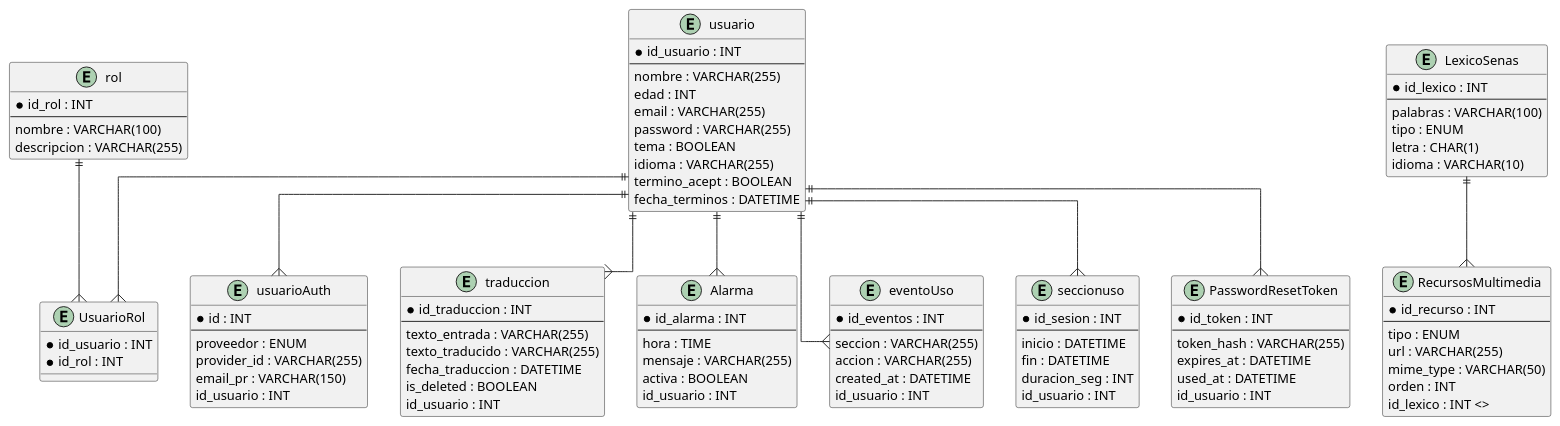
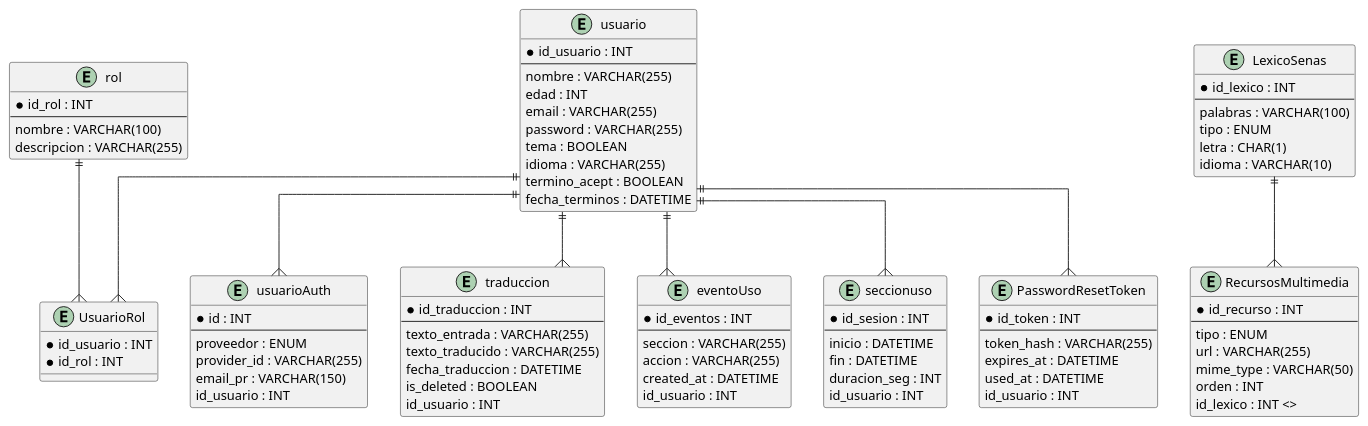
One commit to tadeo77789/TraduceSe-as changed the diagram in Diagramas/MER.puml. Above: the diagram before and after it, drawn with PlantUML. The commit also changed 8 other files, not shown here.

Commit message:
docs: remove alarms feature references from database scripts, diagrams and documentation

```diff
--- a/Diagramas/MER.puml
+++ b/Diagramas/MER.puml
@@ -1,119 +1,109 @@
 @startuml 
 
 skinparam linetype ortho
 skinparam entity {
   BackgroundColor #DBEAFE
   BorderColor #3B82F6
   FontName Arial
 }
 
 entity "usuario" as usuario {
   * id_usuario : INT 
   --
   nombre : VARCHAR(255)
   edad : INT
   email : VARCHAR(255)
   password : VARCHAR(255)
   tema : BOOLEAN
   idioma : VARCHAR(255)
   termino_acept : BOOLEAN
   fecha_terminos : DATETIME
 }
 
 entity "usuarioAuth" as usuarioAuth {
   * id : INT 
   --
   proveedor : ENUM
   provider_id : VARCHAR(255)
   email_pr : VARCHAR(150)
   id_usuario : INT 
 }
 
 entity "rol" as rol {
   * id_rol : INT 
   --
   nombre : VARCHAR(100)
   descripcion : VARCHAR(255)
 }
 
 entity "UsuarioRol" as UsuarioRol {
   * id_usuario : INT 
   * id_rol : INT 
 }
 
 entity "traduccion" as traduccion {
   * id_traduccion : INT 
   --
   texto_entrada : VARCHAR(255)
   texto_traducido : VARCHAR(255)
   fecha_traduccion : DATETIME
   is_deleted : BOOLEAN
   id_usuario : INT 
 }
 
 entity "LexicoSenas" as LexicoSenas {
   * id_lexico : INT 
   --
   palabras : VARCHAR(100)
   tipo : ENUM
   letra : CHAR(1)
   idioma : VARCHAR(10)
 }
 
 entity "RecursosMultimedia" as RecursosMultimedia {
   * id_recurso : INT 
   --
   tipo : ENUM
   url : VARCHAR(255)
   mime_type : VARCHAR(50)
   orden : INT
   id_lexico : INT <>
 }
 
-entity "Alarma" as Alarma {
-  * id_alarma : INT 
-  --
-  hora : TIME
-  mensaje : VARCHAR(255)
-  activa : BOOLEAN
-  id_usuario : INT 
-}
-
 entity "eventoUso" as eventoUso {
   * id_eventos : INT 
   --
   seccion : VARCHAR(255)
   accion : VARCHAR(255)
   created_at : DATETIME
   id_usuario : INT 
 }
 
 entity "seccionuso" as seccionuso {
   * id_sesion : INT 
   --
   inicio : DATETIME
   fin : DATETIME
   duracion_seg : INT
   id_usuario : INT 
 }
 
 entity "PasswordResetToken" as PasswordResetToken {
   * id_token : INT 
   --
   token_hash : VARCHAR(255)
   expires_at : DATETIME
   used_at : DATETIME
   id_usuario : INT 
 }
 
 usuario   ||--{ usuarioAuth
 usuario   ||--{ UsuarioRol
 usuario   ||--{ traduccion
-usuario   ||--{ Alarma
 usuario   ||--{ eventoUso
 usuario   ||--{ seccionuso
 usuario   ||--{ PasswordResetToken
 rol       ||--{ UsuarioRol
 LexicoSenas ||--{ RecursosMultimedia
 
 @enduml
```
